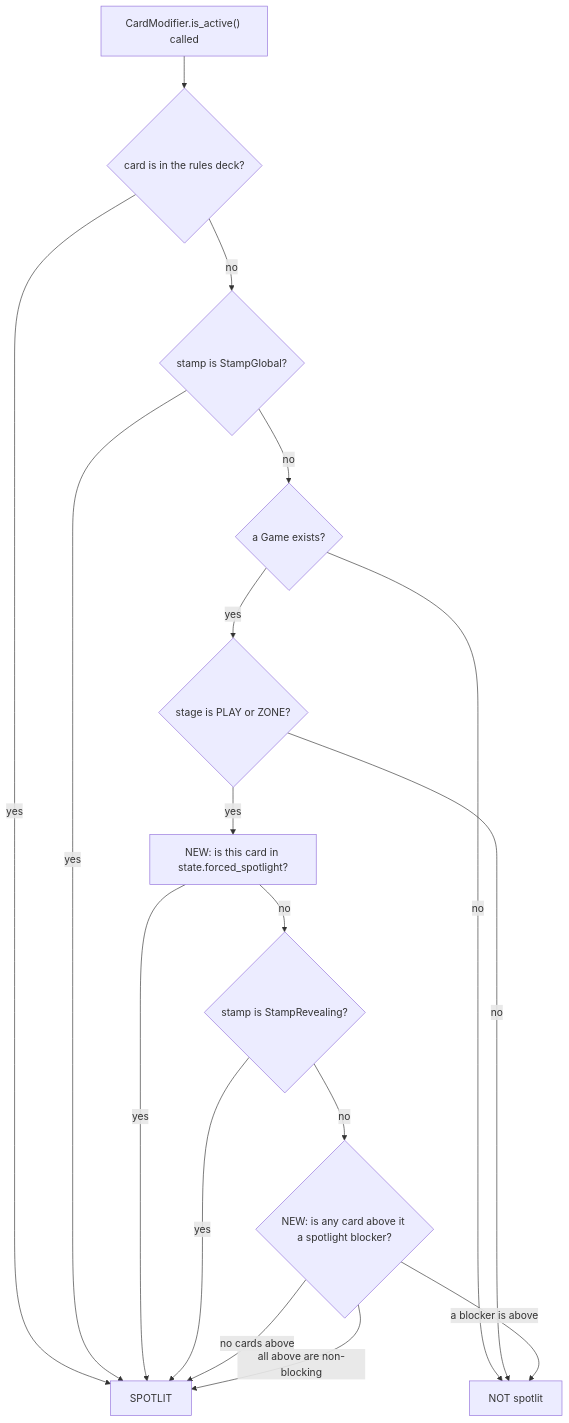
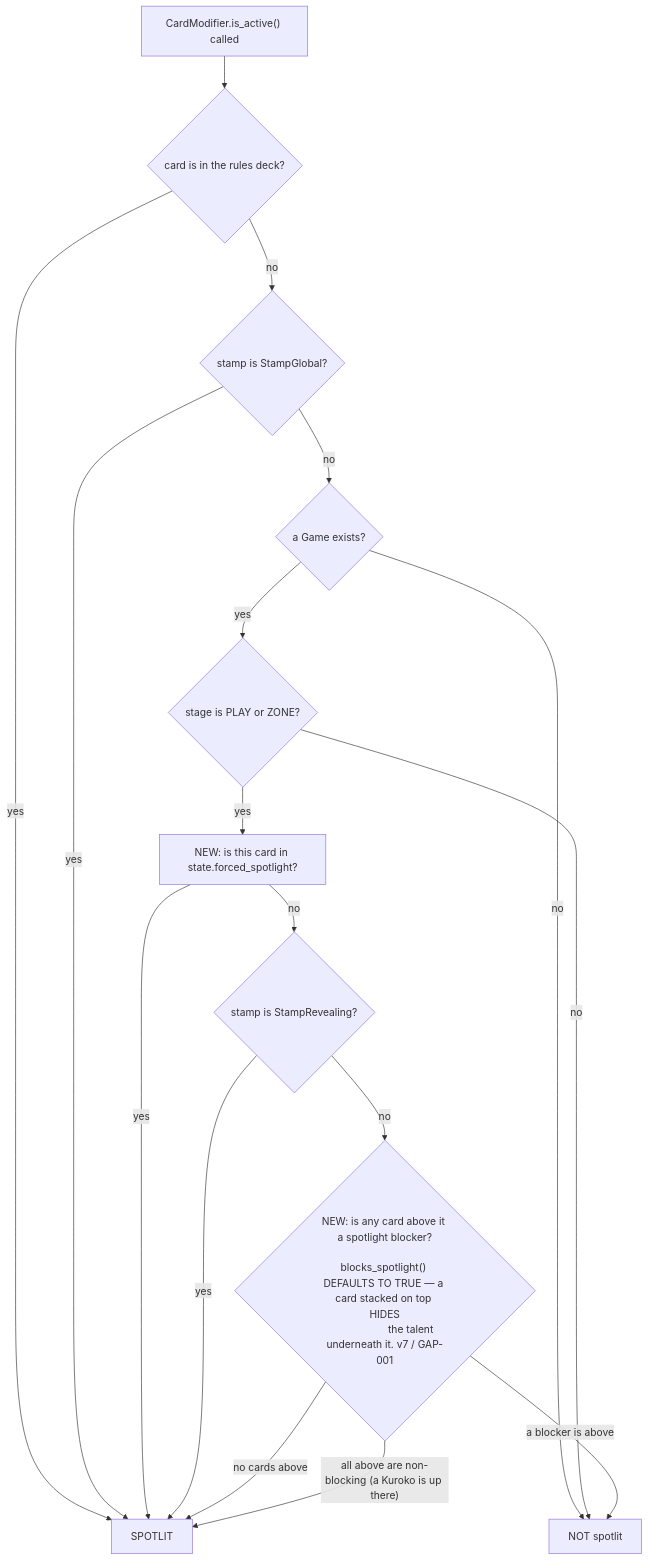
The first of 19 diagrams in solatro/design/spotlight/DESIGN.md (ucsdRgross/gamedev), drawn with Mermaid before and after one commit. The commit also changed other lines of this file and 46 other files, not shown here.

````diff
--- a/solatro/design/spotlight/DESIGN.md
+++ b/solatro/design/spotlight/DESIGN.md
@@ -630,19 +665,21 @@
 ```mermaid
 flowchart TD
   A1["CardModifier.is_active() called"] --> A2{"card is in the rules deck?"}
   A2 -- yes --> A99["SPOTLIT"]
   A2 -- no --> A3{"stamp is StampGlobal?"}
   A3 -- yes --> A99
   A3 -- no --> A4{"a Game exists?"}
   A4 -- no --> A98["NOT spotlit"]
   A4 -- yes --> A5{"stage is PLAY or ZONE?"}
   A5 -- no --> A98
   A5 -- yes --> A6["NEW: is this card in state.forced_spotlight?"]
   A6 -- yes --> A99
   A6 -- no --> A7{"stamp is StampRevealing?"}
   A7 -- yes --> A99
-  A7 -- no --> A8{"NEW: is any card above it a spotlight blocker?"}
+  A7 -- no --> A8{"NEW: is any card above it a spotlight blocker?
+                   blocks_spotlight() DEFAULTS TO TRUE — a card stacked on top HIDES
+                   the talent underneath it. v7 / GAP-001"}
   A8 -- "no cards above" --> A99
-  A8 -- "all above are non-blocking" --> A99
+  A8 -- "all above are non-blocking (a Kuroko is up there)" --> A99
   A8 -- "a blocker is above" --> A98
 ```
````
